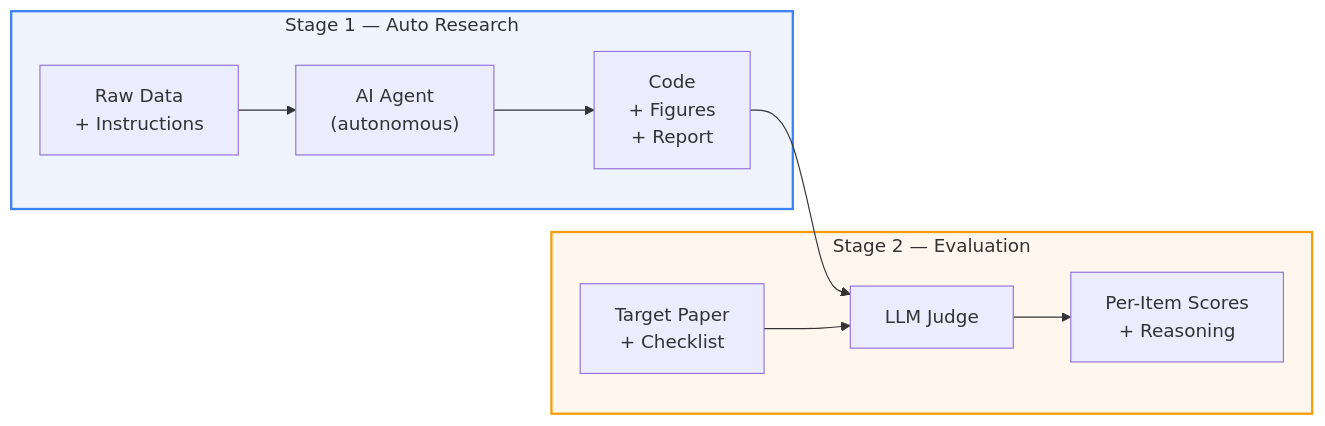
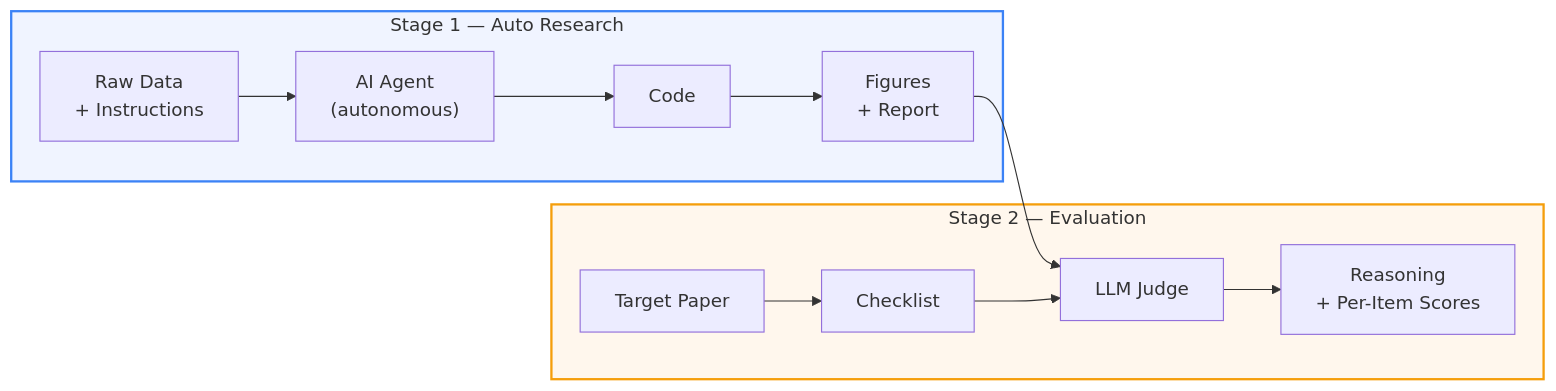
Before and after one commit to black-yt/ResearchClawBench: the second of 3 diagrams in README.md, drawn with Mermaid. The commit also changed other lines of this file, not shown here.

````diff
--- a/README.md
+++ b/README.md
@@ -116,16 +116,18 @@
 ```mermaid
 flowchart LR
     subgraph Stage1["Stage 1 &mdash; Auto Research"]
         A["Raw Data\n+ Instructions"] --> B["AI Agent\n(autonomous)"]
-        B --> C["Code\n+ Figures\n+ Report"]
+        B --> C["Code"]
+        C --> G["Figures\n+ Report"]
     end
 
     subgraph Stage2["Stage 2 &mdash; Evaluation"]
-        C --> D["LLM Judge"]
-        E["Target Paper\n+ Checklist"] --> D
-        D --> F["Per-Item Scores\n+ Reasoning"]
+        G --> D["LLM Judge"]
+        E["Target Paper"] --> H["Checklist"]
+        H --> D
+        D --> F["Reasoning\n+ Per-Item Scores"]
     end
 
     style Stage1 fill:#f0f4ff,stroke:#3b82f6,stroke-width:2px
     style Stage2 fill:#fff7ed,stroke:#f59e0b,stroke-width:2px
 ```
````
